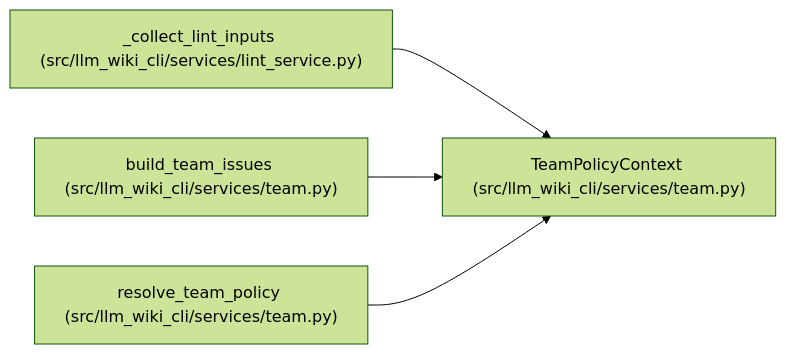
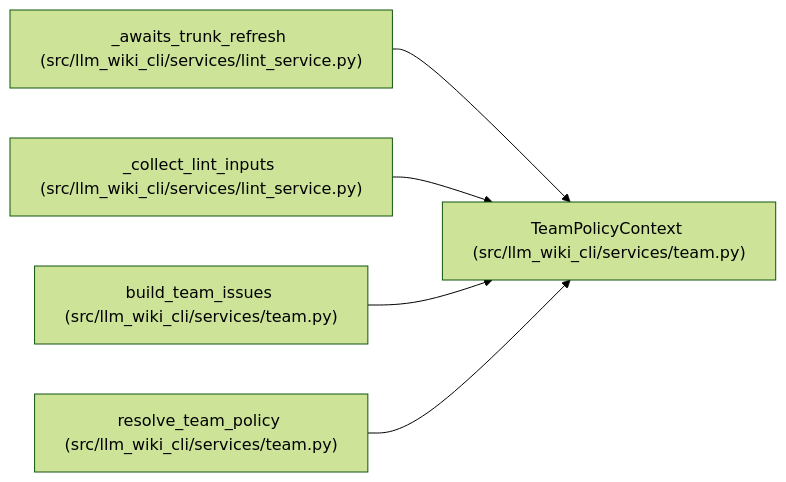
The diagram in docs/llm_wiki/entities/TeamPolicyContext.md (Denissvgn/python-wiki-llm), drawn with Mermaid (forest theme) before and after one commit. The commit also changed other lines of this file and 725 other files, not shown here.

Commit message:
docs: refresh the repository wiki for the team and small-refresh work

````diff
--- a/docs/llm_wiki/entities/TeamPolicyContext.md
+++ b/docs/llm_wiki/entities/TeamPolicyContext.md
@@ -29,14 +29,17 @@
 ```mermaid
 flowchart LR
     n0["TeamPolicyContext (src/llm_wiki_cli/services/team.py)"]
-    n1["_collect_lint_inputs (src/llm_wiki_cli/services/lint_service.py)"]
-    n2["build_team_issues (src/llm_wiki_cli/services/team.py)"]
-    n3["resolve_team_policy (src/llm_wiki_cli/services/team.py)"]
+    n1["_awaits_trunk_refresh (src/llm_wiki_cli/services/lint_service.py)"]
+    n2["_collect_lint_inputs (src/llm_wiki_cli/services/lint_service.py)"]
+    n3["build_team_issues (src/llm_wiki_cli/services/team.py)"]
+    n4["resolve_team_policy (src/llm_wiki_cli/services/team.py)"]
     n1 --> n0
     n2 --> n0
     n3 --> n0
+    n4 --> n0
     click n0 "../modules/team.md"
     click n1 "../modules/lint_service.md"
-    click n2 "../modules/team.md"
+    click n2 "../modules/lint_service.md"
     click n3 "../modules/team.md"
+    click n4 "../modules/team.md"
 ```
````
